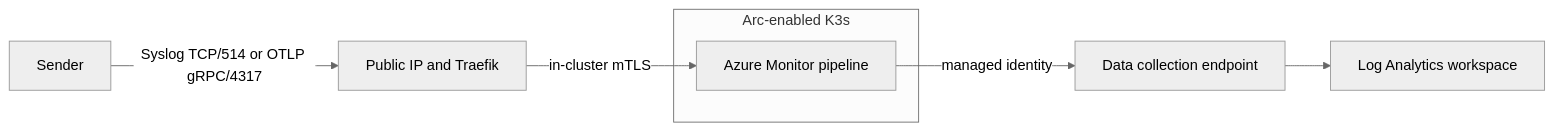
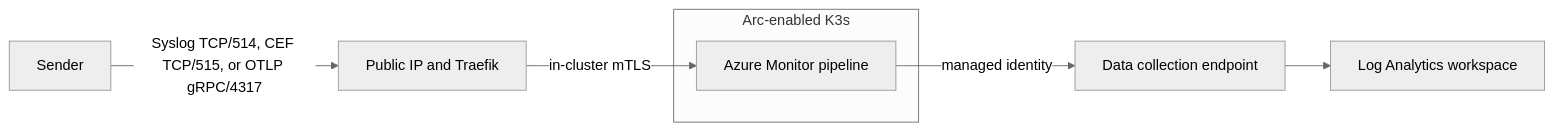
Before and after one commit to kasimrehman/azmon-pipeline-demo: the diagram in README.md, drawn with Mermaid (neutral theme). The commit also changed other lines of this file and 10 other files, not shown here.

````diff
--- a/README.md
+++ b/README.md
@@ -21,17 +22,17 @@
 ```mermaid
 flowchart LR
     sender[Sender]
     gateway[Public IP and Traefik]
 
     subgraph edge[Arc-enabled K3s]
         pipeline[Azure Monitor pipeline]
     end
 
     dce[Data collection endpoint]
     law[Log Analytics workspace]
 
-    sender -->|Syslog TCP/514 or OTLP gRPC/4317| gateway
+    sender -->|Syslog TCP/514, CEF TCP/515, or OTLP gRPC/4317| gateway
     gateway -->|in-cluster mTLS| pipeline
     pipeline -->|managed identity| dce
     dce --> law
 ```
````
